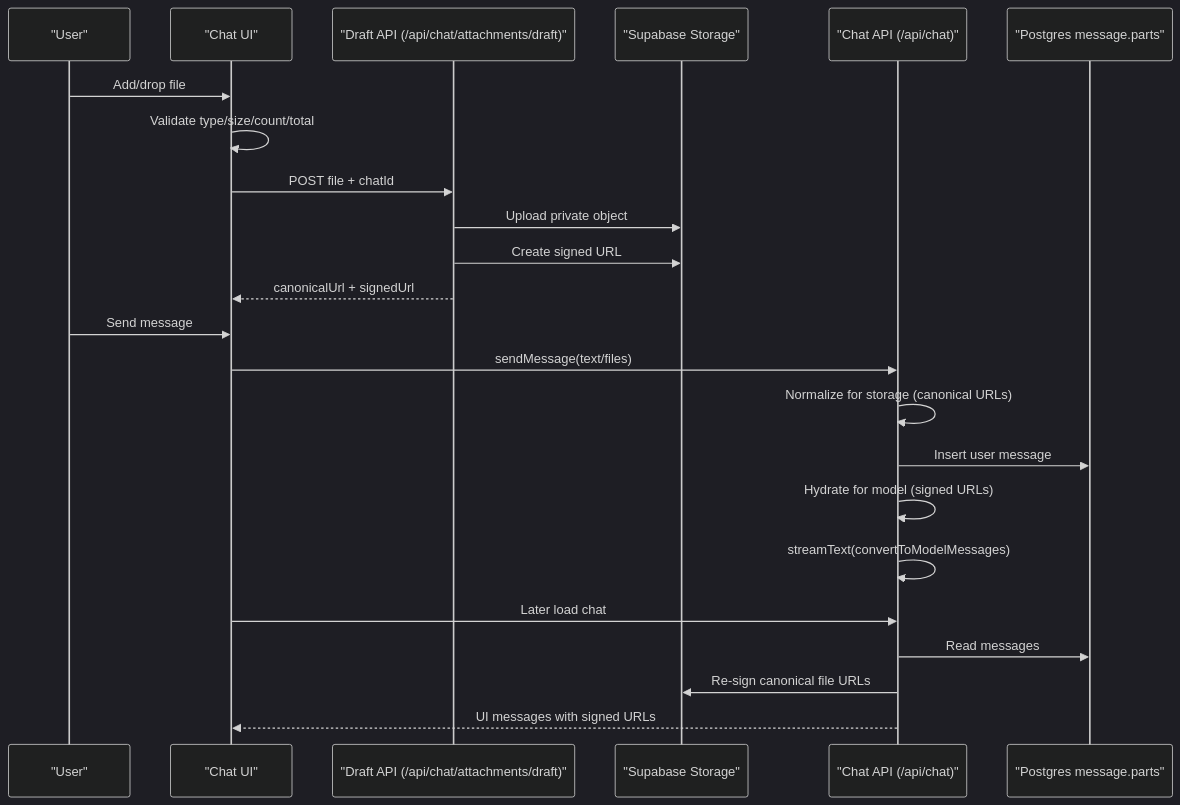
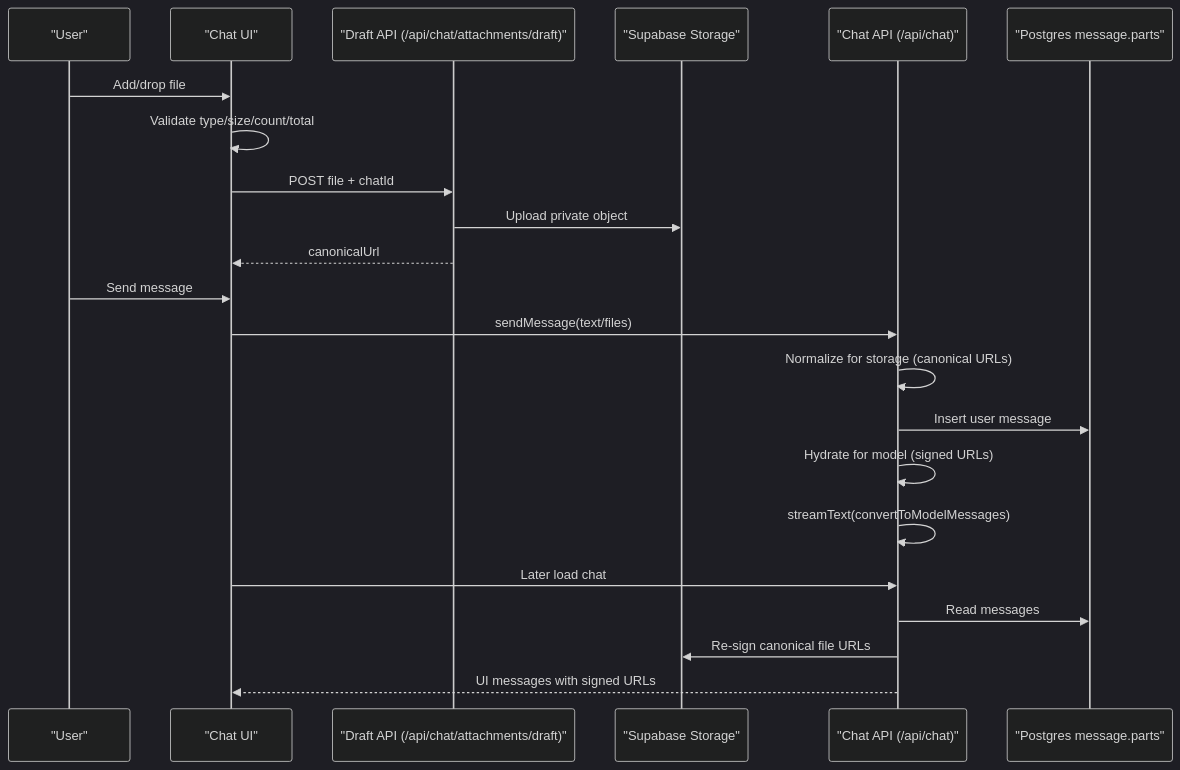
One commit to andreastande/A7-Chat-v3 changed the diagram in ATTACHMENTS_IMPLEMENTATION.md. Above: the diagram before and after it, drawn with Mermaid (dark theme). The commit also changed other lines of this file and 11 other files, not shown here.

````diff
--- a/ATTACHMENTS_IMPLEMENTATION.md
+++ b/ATTACHMENTS_IMPLEMENTATION.md
@@ -308,28 +308,27 @@
 ```mermaid
 sequenceDiagram
   participant U as "User"
   participant C as "Chat UI"
   participant D as "Draft API (/api/chat/attachments/draft)"
   participant S as "Supabase Storage"
   participant A as "Chat API (/api/chat)"
   participant DB as "Postgres message.parts"
 
   U->>C: Add/drop file
   C->>C: Validate type/size/count/total
   C->>D: POST file + chatId
   D->>S: Upload private object
-  D->>S: Create signed URL
-  D-->>C: canonicalUrl + signedUrl
+  D-->>C: canonicalUrl
 
   U->>C: Send message
   C->>A: sendMessage(text/files)
   A->>A: Normalize for storage (canonical URLs)
   A->>DB: Insert user message
   A->>A: Hydrate for model (signed URLs)
   A->>A: streamText(convertToModelMessages)
 
   C->>A: Later load chat
   A->>DB: Read messages
   A->>S: Re-sign canonical file URLs
   A-->>C: UI messages with signed URLs
 ```
````
